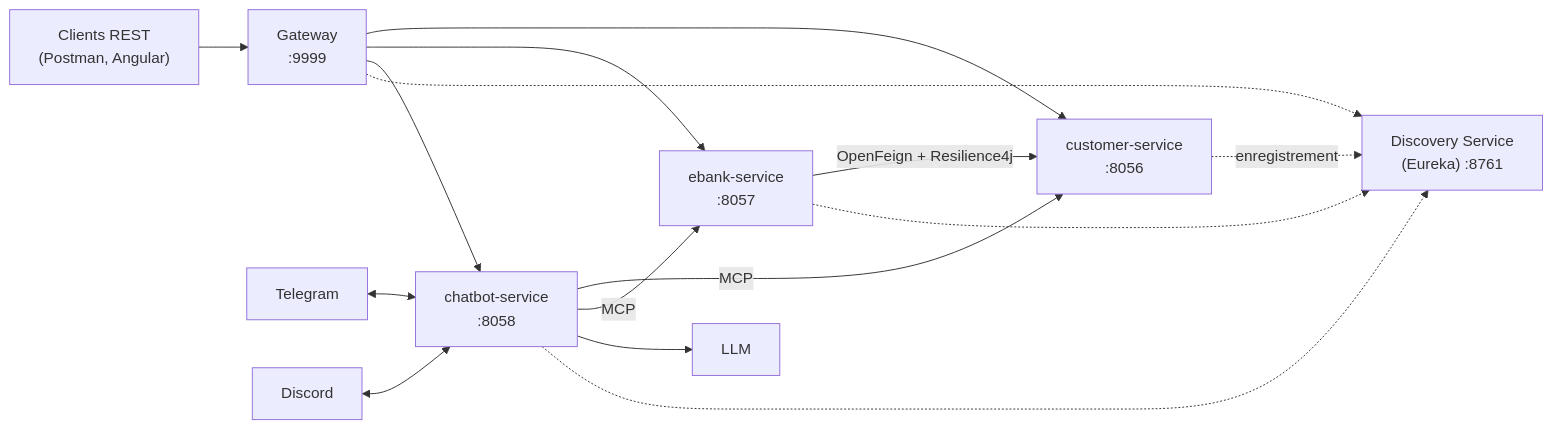
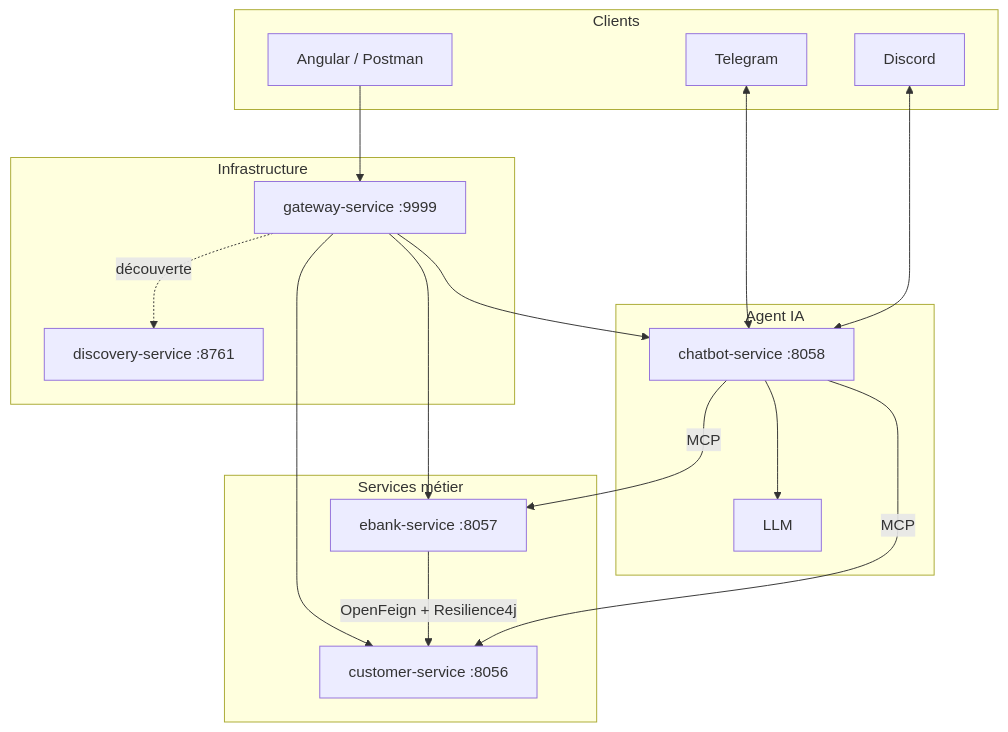
One commit to Taoufik-KEHAL/ebank-agentic-microservices changed the diagram in README.md. Above: the diagram before and after it, drawn with Mermaid. The commit also changed other lines of this file, not shown here.

Commit message:
Revise architecture diagram in README
Updated the architecture diagram to use a different flowchart style and added subgraphs for better organization.

````diff
--- a/README.md
+++ b/README.md
@@ -9,17 +9,35 @@
 ```mermaid
-flowchart LR
-    Client["Clients REST<br/>(Postman, Angular)"] --> Gateway["Gateway<br/>:9999"]
-    Telegram["Telegram"] <--> Chatbot
-    Discord["Discord"] <--> Chatbot
-    Gateway --> Customer["customer-service<br/>:8056"]
-    Gateway --> EBank["ebank-service<br/>:8057"]
-    Gateway --> Chatbot["chatbot-service<br/>:8058"]
+flowchart TB
+    subgraph Clients
+        Web["Angular / Postman"]
+        Telegram["Telegram"]
+        Discord["Discord"]
+    end
+
+    subgraph Infrastructure
+        Gateway["gateway-service :9999"]
+        Discovery["discovery-service :8761"]
+    end
+
+    subgraph Services["Services métier"]
+        Customer["customer-service :8056"]
+        EBank["ebank-service :8057"]
+    end
+
+    subgraph IA["Agent IA"]
+        Chatbot["chatbot-service :8058"]
+        LLM["LLM"]
+    end
+
+    Web --> Gateway
+    Telegram <--> Chatbot
+    Discord <--> Chatbot
+    Gateway --> Customer
+    Gateway --> EBank
+    Gateway --> Chatbot
     EBank -- "OpenFeign + Resilience4j" --> Customer
     Chatbot -- "MCP" --> Customer
     Chatbot -- "MCP" --> EBank
-    Chatbot --> LLM["LLM"]
-    Customer -. "enregistrement" .-> Discovery["Discovery Service<br/>(Eureka) :8761"]
-    EBank -.-> Discovery
-    Chatbot -.-> Discovery
-    Gateway -.-> Discovery
+    Chatbot --> LLM
+    Gateway -. "découverte" .-> Discovery
 ```
````
